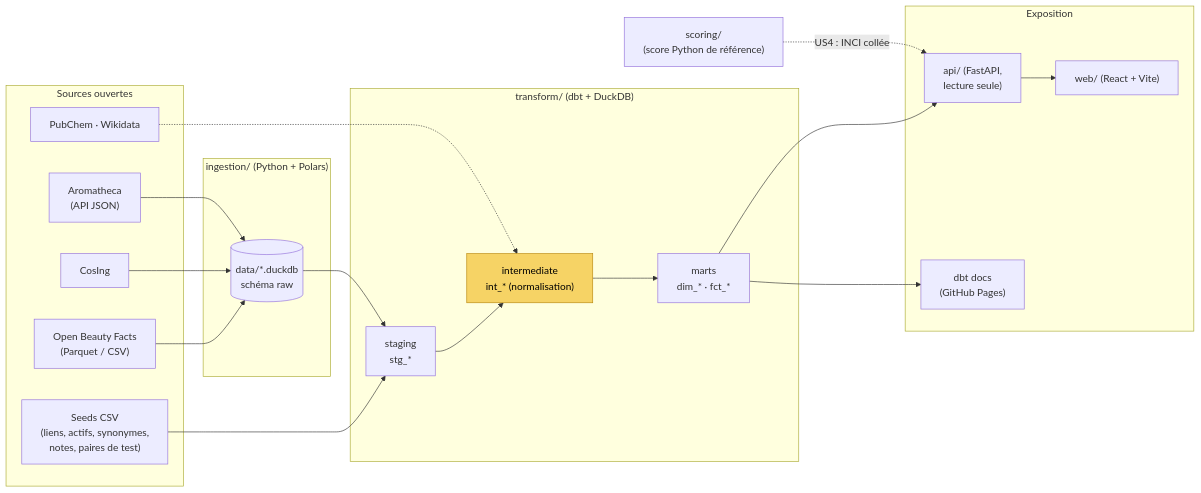
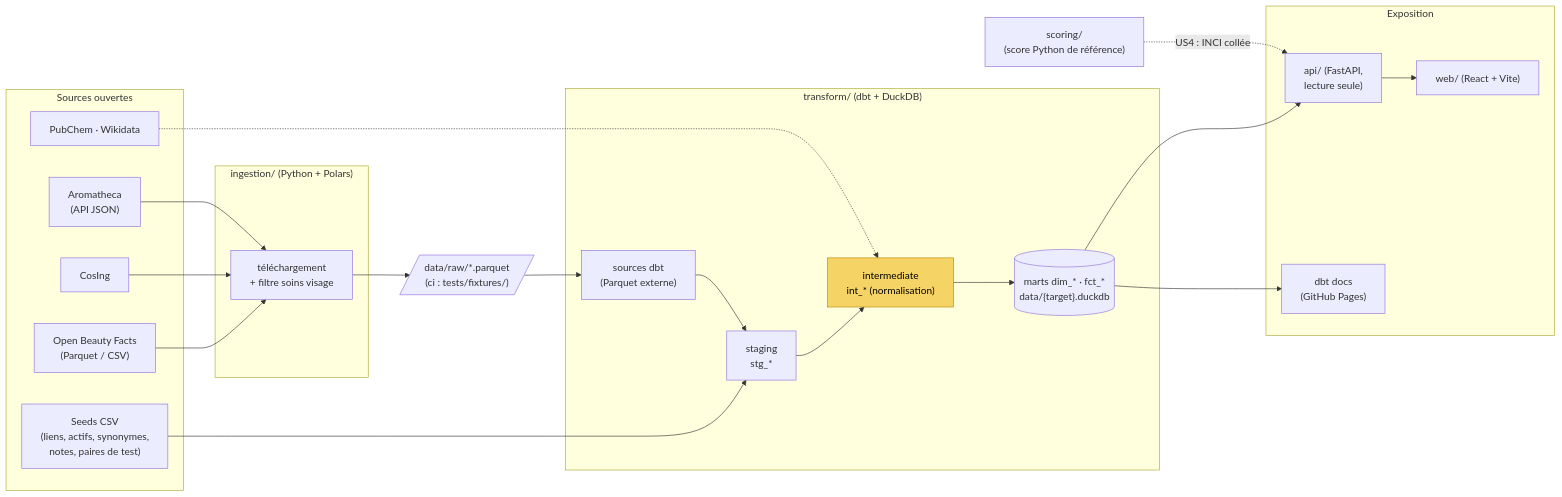
One commit to alexia-ig/dupe-finder changed the diagram in docs/ARCHITECTURE.md. Above: the diagram before and after it, drawn with Mermaid. The commit also changed other lines of this file and 1 other file, not shown here.

Commit message:
docs: show Parquet in data/raw/ as the Python/dbt boundary in diagrams
Ingestion writes Parquet to data/raw/, read as external dbt sources;
CI uses a frozen fixture through the same path.

````diff
--- a/docs/ARCHITECTURE.md
+++ b/docs/ARCHITECTURE.md
@@ -9,41 +9,46 @@
 ```mermaid
 flowchart LR
     subgraph sources["Sources ouvertes"]
         obf["Open Beauty Facts<br/>(Parquet / CSV)"]
         cosing["CosIng"]
         aroma["Aromatheca<br/>(API JSON)"]
         seeds["Seeds CSV<br/>(liens, actifs, synonymes,<br/>notes, paires de test)"]
         ref["PubChem · Wikidata"]
     end
 
     subgraph ingestion["ingestion/ (Python + Polars)"]
-        raw[("data/*.duckdb<br/>schéma raw")]
+        dl["téléchargement<br/>+ filtre soins visage"]
     end
 
+    raw[/"data/raw/*.parquet<br/>(ci : tests/fixtures/)"/]
+
     subgraph transform["transform/ (dbt + DuckDB)"]
+        src["sources dbt<br/>(Parquet externe)"]
         stg["staging<br/>stg_*"]
         int["intermediate<br/>int_* (normalisation)"]
-        marts["marts<br/>dim_* · fct_*"]
+        marts[("marts dim_* · fct_*<br/>data/{target}.duckdb")]
     end
 
     subgraph serve["Exposition"]
         api["api/ (FastAPI,<br/>lecture seule)"]
         web["web/ (React + Vite)"]
         docs["dbt docs<br/>(GitHub Pages)"]
     end
 
     scoring["scoring/<br/>(score Python de référence)"]
 
-    obf --> raw
-    cosing --> raw
-    aroma --> raw
+    obf --> dl
+    cosing --> dl
+    aroma --> dl
+    dl --> raw
+    raw --> src
     seeds --> stg
-    raw --> stg --> int --> marts
+    src --> stg --> int --> marts
     ref -.-> int
     marts --> api --> web
     marts --> docs
     scoring -. "US4 : INCI collée" .-> api
 
     classDef core fill:#f6d365,stroke:#b8860b,color:#000
     class int core
 ```
````
